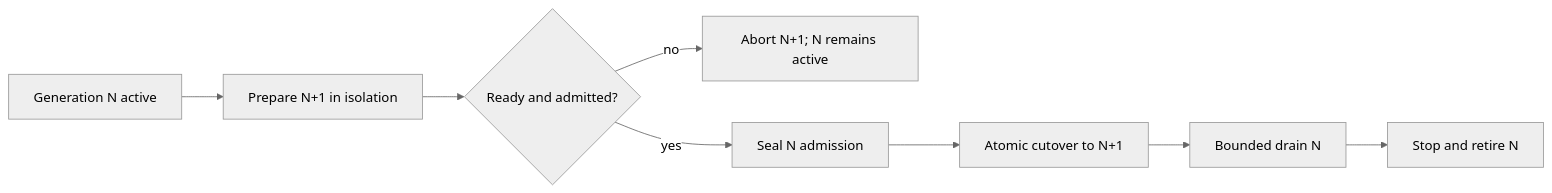
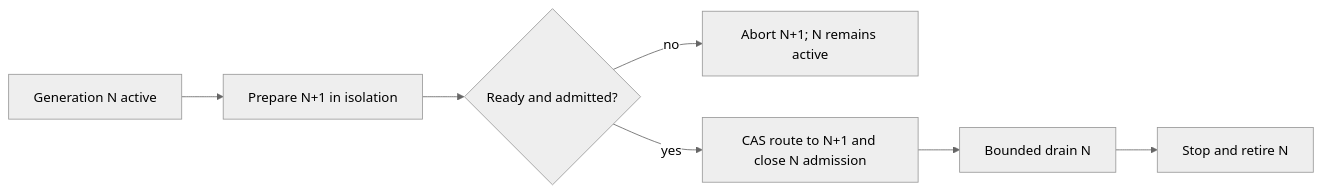
One commit to agent-teams-ai/extension-foundation changed the fourth of 4 diagrams in docs/qualification/universal-module-extension-system/lifecycle-and-concurrency.md. Above: the diagram before and after it, drawn with Mermaid (neutral theme). The commit also changed other lines of this file and 30 other files, not shown here.

````diff
--- a/docs/qualification/universal-module-extension-system/lifecycle-and-concurrency.md
+++ b/docs/qualification/universal-module-extension-system/lifecycle-and-concurrency.md
@@ -181,10 +187,9 @@
 ```mermaid
 flowchart LR
     Old["Generation N active"] --> Candidate["Prepare N+1 in isolation"]
     Candidate --> Ready{"Ready and admitted?"}
     Ready -->|no| Abort["Abort N+1; N remains active"]
-    Ready -->|yes| Seal["Seal N admission"]
-    Seal --> Commit["Atomic cutover to N+1"]
+    Ready -->|yes| Commit["CAS route to N+1 and close N admission"]
     Commit --> Drain["Bounded drain N"]
     Drain --> Stop["Stop and retire N"]
 ```
````
